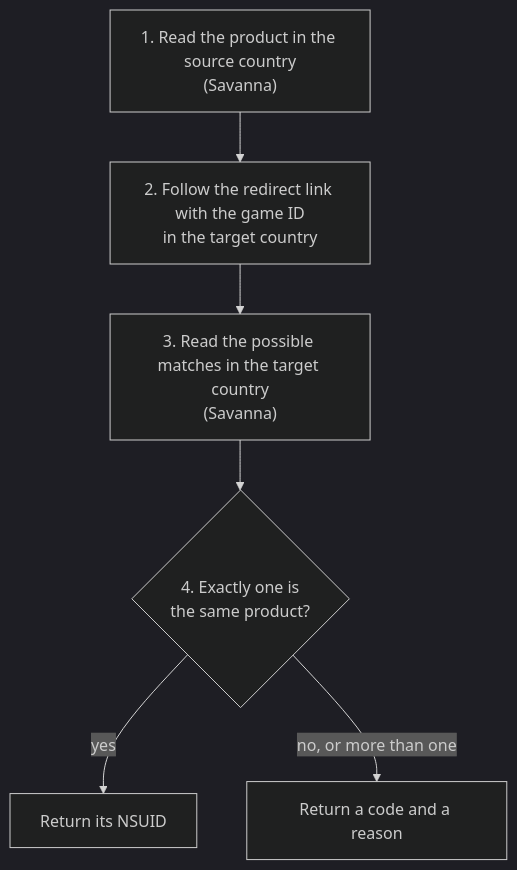
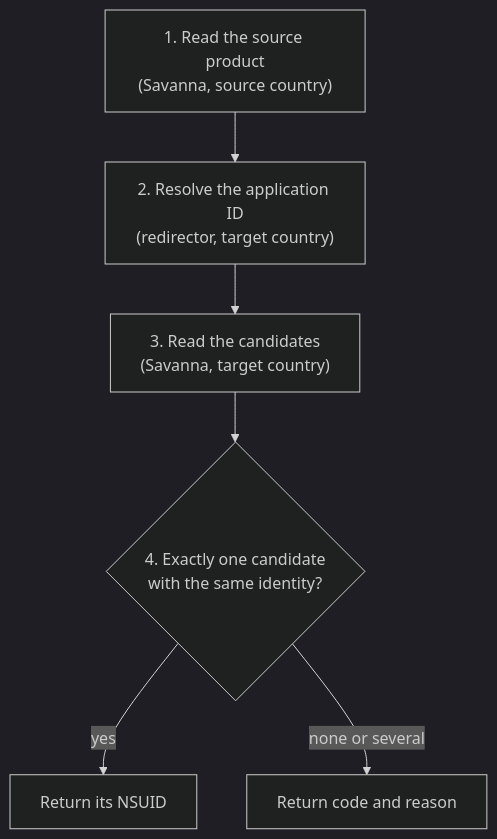
Before and after one commit to maixiang-sh/nsuid-mapper: the diagram in docs/how-it-works.md, drawn with Mermaid (dark theme). The commit also changed other lines of this file and 5 other files, not shown here.

````diff
--- a/docs/how-it-works.md
+++ b/docs/how-it-works.md
@@ -84,8 +77,8 @@
 ```mermaid
 flowchart TD
-    A["1. Read the product in the source country<br>(Savanna)"] --> B["2. Follow the redirect link with the game ID<br>in the target country"]
-    B --> C["3. Read the possible matches in the target country<br>(Savanna)"]
-    C --> D{"4. Exactly one is<br>the same product?"}
+    A["1. Read the source product<br>(Savanna, source country)"] --> B["2. Resolve the application ID<br>(redirector, target country)"]
+    B --> C["3. Read the candidates<br>(Savanna, target country)"]
+    C --> D{"4. Exactly one candidate<br>with the same identity?"}
     D -- yes --> E[Return its NSUID]
-    D -- "no, or more than one" --> F[Return a code and a reason]
+    D -- "none or several" --> F[Return code and reason]
 ```
````
